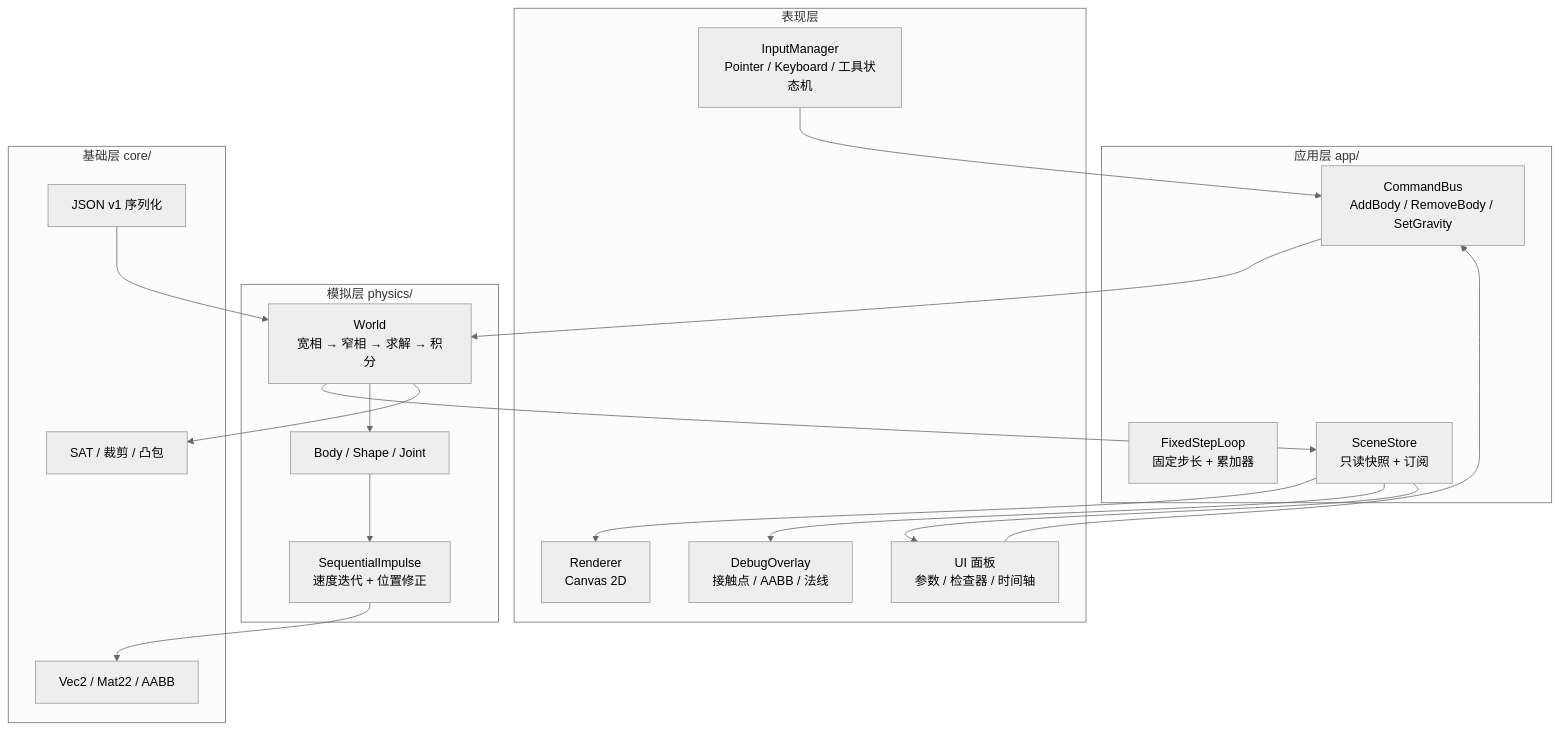
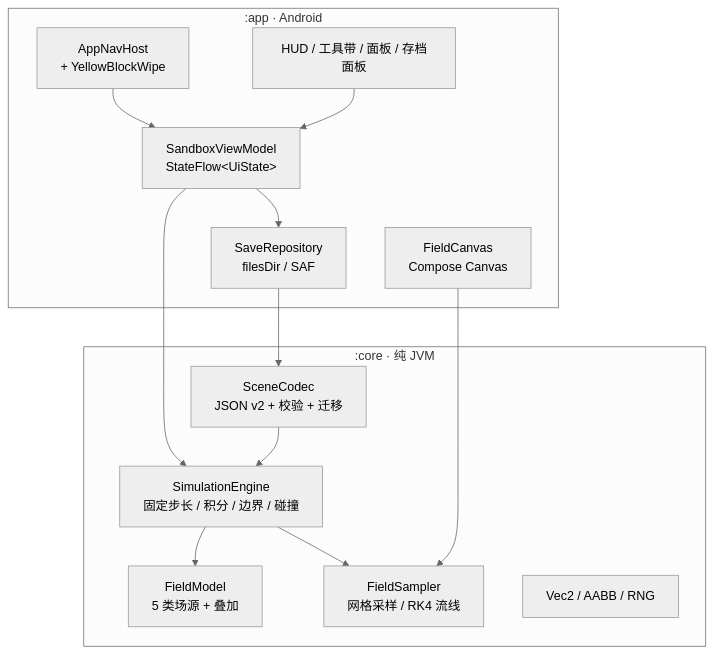
The second of 2 diagrams in docs/DESIGN.md (QangXing/Field), drawn with Mermaid (neutral theme) before and after one commit. The commit also changed other lines of this file and 1 other file, not shown here.

Commit message:
docs: redesign for Android field simulator with Mindustry-style UI

````diff
--- a/docs/DESIGN.md
+++ b/docs/DESIGN.md
@@ -80,36 +557,26 @@
 ```mermaid
 flowchart TB
-  subgraph L4["应用层 app/"]
-    Loop["FixedStepLoop<br/>固定步长 + 累加器"]
-    Cmd["CommandBus<br/>AddBody / RemoveBody / SetGravity"]
-    Store["SceneStore<br/>只读快照 + 订阅"]
+  subgraph App[":app · Android"]
+    Nav["AppNavHost<br/>+ YellowBlockWipe"]
+    UI["HUD / 工具带 / 面板 / 存档面板"]
+    Canvas["FieldCanvas<br/>Compose Canvas"]
+    VM["SandboxViewModel<br/>StateFlow&lt;UiState&gt;"]
+    Repo["SaveRepository<br/>filesDir / SAF"]
   end
-  subgraph L3["表现层"]
-    Render["Renderer<br/>Canvas 2D"]
-    Debug["DebugOverlay<br/>接触点 / AABB / 法线"]
-    UI["UI 面板<br/>参数 / 检查器 / 时间轴"]
-    Input["InputManager<br/>Pointer / Keyboard / 工具状态机"]
+  subgraph Core[":core · 纯 JVM"]
+    Sim["SimulationEngine<br/>固定步长 / 积分 / 边界 / 碰撞"]
+    Fields["FieldModel<br/>5 类场源 + 叠加"]
+    Viz["FieldSampler<br/>网格采样 / RK4 流线"]
+    Codec["SceneCodec<br/>JSON v2 + 校验 + 迁移"]
+    Math["Vec2 / AABB / RNG"]
   end
-  subgraph L2["模拟层 physics/"]
-    World["World<br/>宽相 → 窄相 → 求解 → 积分"]
-    Bodies["Body / Shape / Joint"]
-    Solver["SequentialImpulse<br/>速度迭代 + 位置修正"]
-  end
-  subgraph L1["基础层 core/"]
-    Math["Vec2 / Mat22 / AABB"]
-    Geo["SAT / 裁剪 / 凸包"]
-    Persist["JSON v1 序列化"]
-  end
-  Input --> Cmd
-  UI --> Cmd
-  Cmd --> World
-  World --> Store
-  Store --> Render
-  Store --> Debug
-  Store --> UI
-  World --> Bodies
-  Bodies --> Solver
-  Solver --> Math
-  World --> Geo
-  Persist --> World
+  Nav --> VM
+  UI --> VM
+  VM --> Sim
+  Sim --> Fields
+  Sim --> Viz
+  Canvas --> Viz
+  VM --> Repo
+  Repo --> Codec
+  Codec --> Sim
 ```
````
